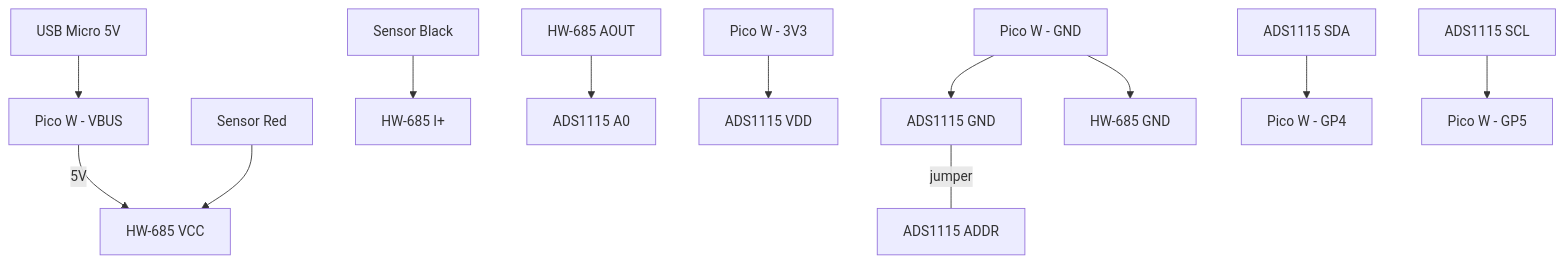
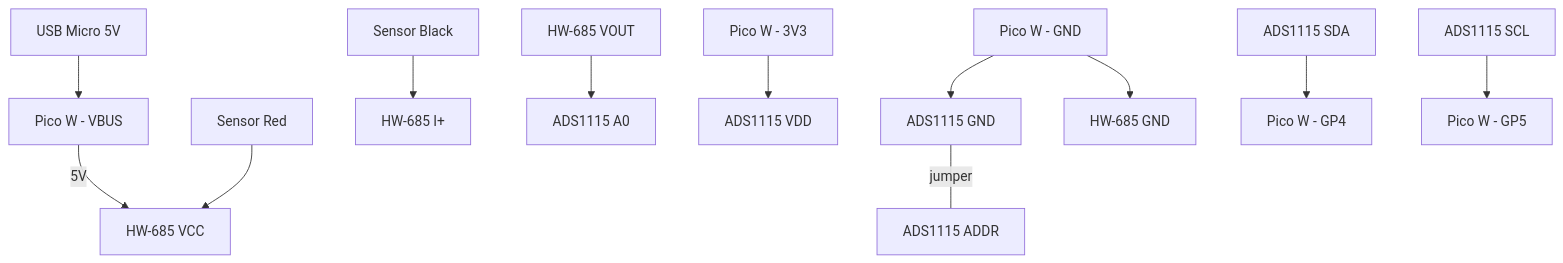
The diagram in README.md (bosmun0224/cistern), drawn with Mermaid before and after one commit. The commit also changed other lines of this file and 1 other file, not shown here.

Commit message:
Update wiring diagram and comments to reflect correct HW-685 output connection

````diff
--- a/README.md
+++ b/README.md
@@ -16,18 +16,18 @@
 ```mermaid
 graph TD
     USB[USB Micro 5V] --> VBUS[Pico W - VBUS]
 
     VBUS -->|5V| VCC[HW-685 VCC]
     SENSOR_RED[Sensor Red] --> VCC
     SENSOR_BLK[Sensor Black] --> IP[HW-685 I+]
 
-    AOUT[HW-685 AOUT] --> A0[ADS1115 A0]
+    VOUT[HW-685 VOUT] --> A0[ADS1115 A0]
 
     PICO_3V3[Pico W - 3V3] --> ADS_VDD[ADS1115 VDD]
     PICO_GND[Pico W - GND] --> ADS_GND[ADS1115 GND]
     PICO_GND --> HW_GND[HW-685 GND]
     ADS_GND ---|jumper| ADS_ADDR[ADS1115 ADDR]
 
     ADS_SDA[ADS1115 SDA] --> GP4[Pico W - GP4]
     ADS_SCL[ADS1115 SCL] --> GP5[Pico W - GP5]
 ```
````
